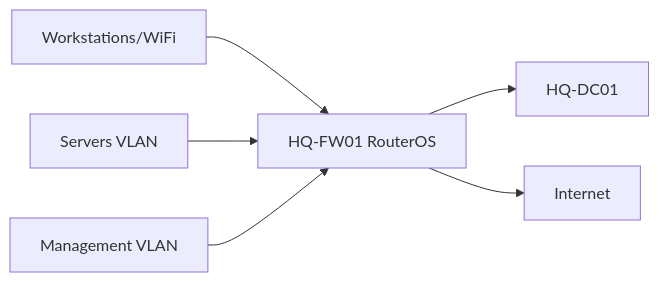
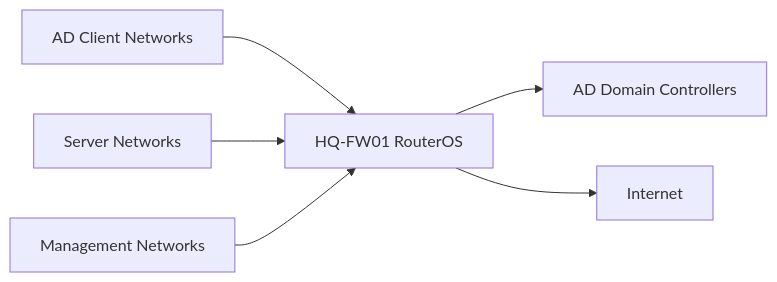
Before and after one commit to gntech-dev/geil-enterprise-docs: the diagram in docs/platform/firewall-rule-matrix.md, drawn with Mermaid. The commit also changed other lines of this file and 15 other files, not shown here.

Commit message:
docs: standardize AD network firewall architecture

````diff
--- a/docs/platform/firewall-rule-matrix.md
+++ b/docs/platform/firewall-rule-matrix.md
@@ -37,8 +38,8 @@
 ```mermaid
 flowchart LR
-    Clients[Workstations/WiFi] --> FW[HQ-FW01 RouterOS]
-    Servers[Servers VLAN] --> FW
-    FW --> DC[HQ-DC01]
+    Clients[AD Client Networks] --> FW[HQ-FW01 RouterOS]
+    Servers[Server Networks] --> FW
+    FW --> DCs[AD Domain Controllers]
     FW --> Internet[Internet]
-    Mgmt[Management VLAN] --> FW
+    Mgmt[Management Networks] --> FW
 ```
````
